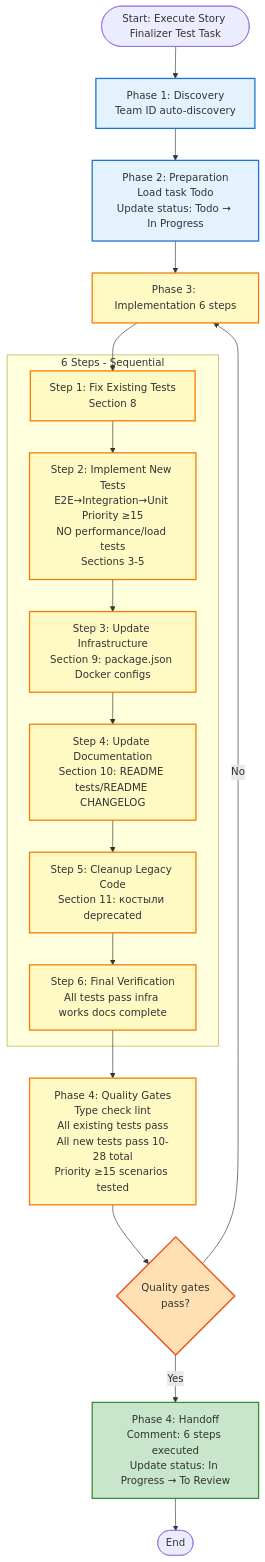
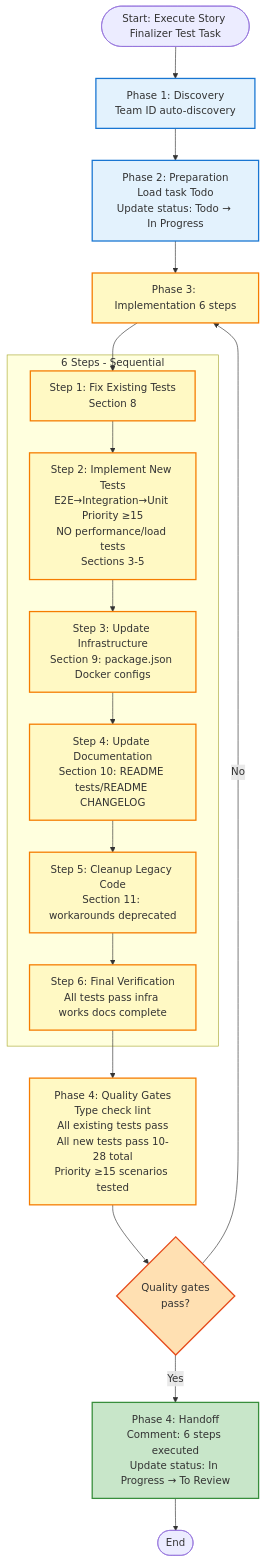
Before and after one commit to levnikolaevich/claude-code-skills: the diagram in x-test-executor/diagram.mmd, drawn with Mermaid. The commit also changed 24 other files, not shown here.

```diff
--- a/x-test-executor/diagram.mmd
+++ b/x-test-executor/diagram.mmd
@@ -1,44 +1,44 @@
 %% x-test-executor: Story Finalizer Test Task Executor
 %% Execute Story Finalizer test tasks from x-story-finalizer (11 sections)
 %% E2E-first Risk-Based Testing (Priority ≥15, NO performance/load tests)
 %% Todo → In Progress → To Review
 
 graph TD
     Start([Start: Execute Story Finalizer Test Task]) --> Phase1[Phase 1: Discovery<br/>Team ID auto-discovery]
 
     Phase1 --> Phase2[Phase 2: Preparation<br/>Load task Todo<br/>Update status: Todo → In Progress]
 
     Phase2 --> Phase3[Phase 3: Implementation 6 steps]
 
     subgraph Steps [6 Steps - Sequential]
         Step1[Step 1: Fix Existing Tests<br/>Section 8]
         Step1 --> Step2[Step 2: Implement New Tests<br/>E2E→Integration→Unit Priority ≥15<br/>NO performance/load tests<br/>Sections 3-5]
         Step2 --> Step3[Step 3: Update Infrastructure<br/>Section 9: package.json Docker configs]
         Step3 --> Step4[Step 4: Update Documentation<br/>Section 10: README tests/README CHANGELOG]
-        Step4 --> Step5[Step 5: Cleanup Legacy Code<br/>Section 11: костыли deprecated]
+        Step4 --> Step5[Step 5: Cleanup Legacy Code<br/>Section 11: workarounds deprecated]
         Step5 --> Step6[Step 6: Final Verification<br/>All tests pass infra works docs complete]
     end
 
     Phase3 --> Step1
     Step6 --> Phase4
 
     Phase4[Phase 4: Quality Gates<br/>Type check lint<br/>All existing tests pass<br/>All new tests pass 10-28 total<br/>Priority ≥15 scenarios tested]
 
     Phase4 --> QualityPass{Quality gates<br/>pass?}
     QualityPass -->|No| Phase3
     QualityPass -->|Yes| Phase5
 
     Phase5[Phase 4: Handoff<br/>Comment: 6 steps executed<br/>Update status: In Progress → To Review]
 
     Phase5 --> End([End])
 
     %% Styling
     classDef discovery fill:#E3F2FD,stroke:#1976D2,stroke-width:2px
     classDef processing fill:#FFF9C4,stroke:#F57C00,stroke-width:2px
     classDef decision fill:#FFE0B2,stroke:#E64A19,stroke-width:2px
     classDef action fill:#C8E6C9,stroke:#388E3C,stroke-width:2px
 
     class Phase1,Phase2 discovery
     class Phase3,Step1,Step2,Step3,Step4,Step5,Step6,Phase4 processing
     class QualityPass decision
     class Phase5 action
```
